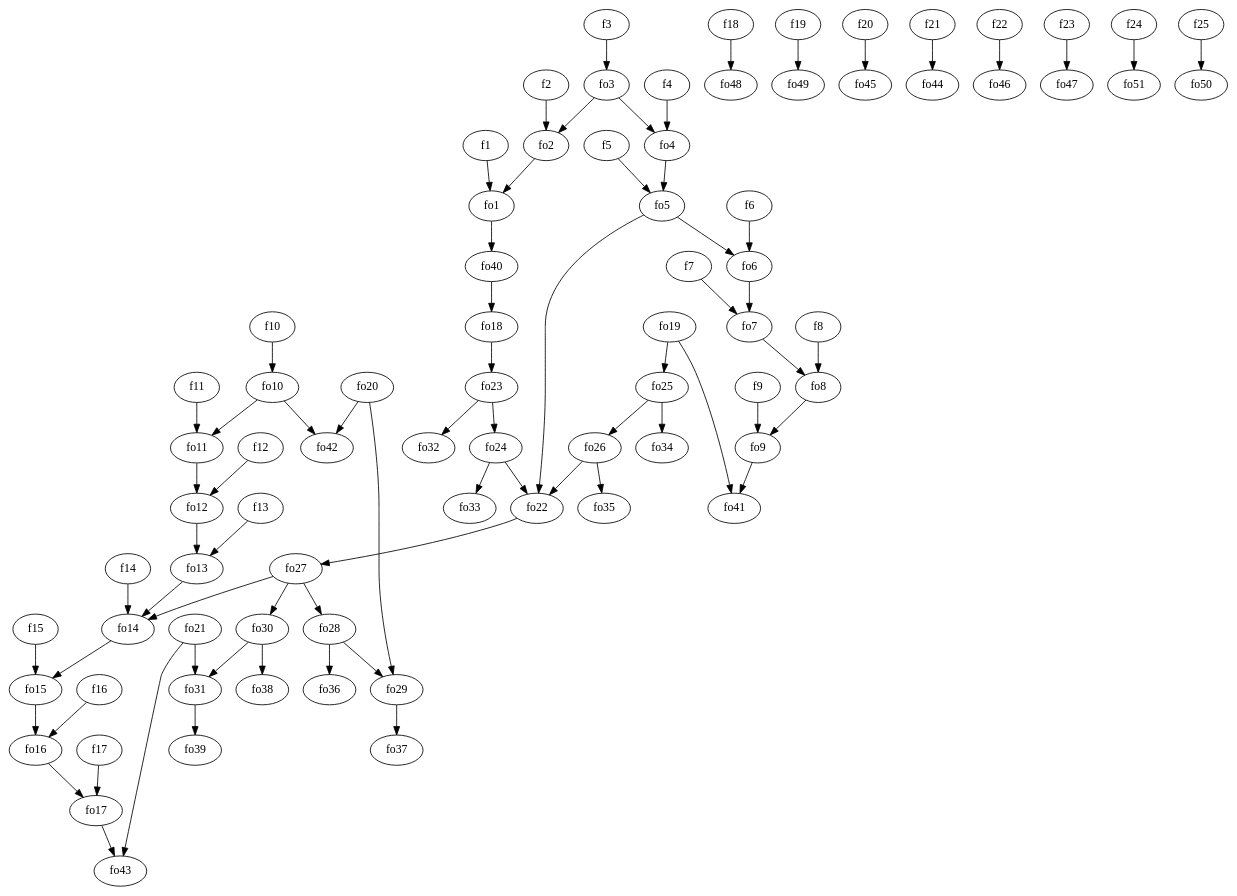
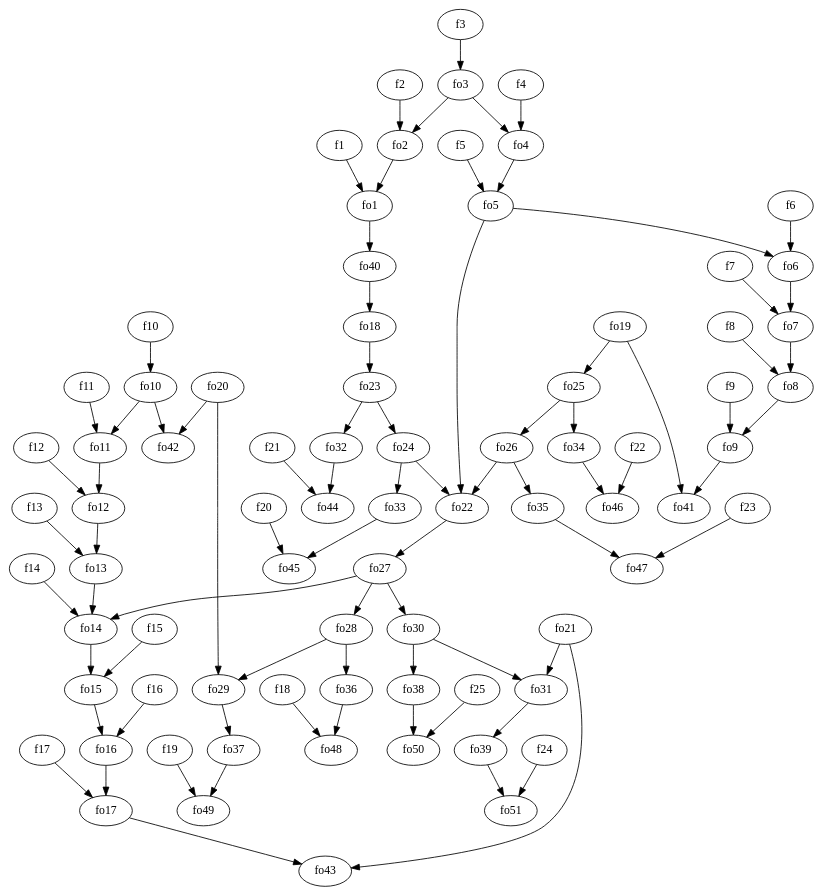
One commit to CIDARLAB/Vespa-Algorithm changed the diagram in TestCaseFiles/lrb/lrb5_flow.dot. Above: the diagram before and after it, drawn with Graphviz. The commit also changed 10 other files, not shown here.

```diff
--- a/TestCaseFiles/lrb/lrb5_flow.dot
+++ b/TestCaseFiles/lrb/lrb5_flow.dot
@@ -1,149 +1,157 @@
 strict digraph  {
 f1;
 f2;
 f3;
 f4;
 f5;
 f6;
 f7;
 f8;
 f9;
 f10;
 f11;
 f12;
 f13;
 f14;
 f15;
 f16;
 f17;
 f18;
 f19;
 f20;
 f21;
 f22;
 f23;
 f24;
 f25;
 fo1;
 fo2;
 fo3;
 fo4;
 fo5;
 fo6;
 fo7;
 fo8;
 fo9;
 fo10;
 fo11;
 fo12;
 fo13;
 fo14;
 fo15;
 fo16;
 fo17;
 fo18;
 fo19;
 fo20;
 fo21;
 fo22;
 fo23;
 fo24;
 fo25;
 fo26;
 fo27;
 fo28;
 fo29;
 fo30;
 fo31;
 fo32;
 fo33;
 fo34;
 fo35;
 fo36;
 fo37;
 fo38;
 fo39;
 fo40;
 fo41;
 fo42;
 fo43;
 fo44;
 fo45;
 fo46;
 fo47;
 fo48;
 fo49;
 fo50;
 fo51;
 f1 -> fo1  [weight=2];
 f2 -> fo2  [weight=2];
 f3 -> fo3  [weight=2];
 f4 -> fo4  [weight=2];
 f5 -> fo5  [weight=2];
 f6 -> fo6  [weight=2];
 f7 -> fo7  [weight=2];
 f8 -> fo8  [weight=2];
 f9 -> fo9  [weight=2];
 f10 -> fo10  [weight=2];
 f11 -> fo11  [weight=2];
 f12 -> fo12  [weight=2];
 f13 -> fo13  [weight=2];
 f14 -> fo14  [weight=2];
 f15 -> fo15  [weight=2];
 f16 -> fo16  [weight=2];
 f17 -> fo17  [weight=2];
 f18 -> fo48  [weight=2];
 f19 -> fo49  [weight=2];
 f20 -> fo45  [weight=2];
 f21 -> fo44  [weight=2];
 f22 -> fo46  [weight=2];
 f23 -> fo47  [weight=2];
 f24 -> fo51  [weight=2];
 f25 -> fo50  [weight=2];
 fo1 -> fo40  [weight=2];
 fo2 -> fo1  [weight=2];
 fo3 -> fo2  [weight=2];
 fo3 -> fo4  [weight=2];
 fo4 -> fo5  [weight=2];
 fo5 -> fo6  [weight=2];
 fo5 -> fo22  [weight=2];
 fo6 -> fo7  [weight=2];
 fo7 -> fo8  [weight=2];
 fo8 -> fo9  [weight=2];
 fo9 -> fo41  [weight=2];
 fo10 -> fo11  [weight=2];
 fo10 -> fo42  [weight=2];
 fo11 -> fo12  [weight=2];
 fo12 -> fo13  [weight=2];
 fo13 -> fo14  [weight=2];
 fo14 -> fo15  [weight=2];
 fo15 -> fo16  [weight=2];
 fo16 -> fo17  [weight=2];
 fo17 -> fo43  [weight=2];
 fo18 -> fo23  [weight=2];
 fo19 -> fo41  [weight=2];
 fo19 -> fo25  [weight=2];
 fo20 -> fo42  [weight=2];
 fo20 -> fo29  [weight=2];
 fo21 -> fo43  [weight=2];
 fo21 -> fo31  [weight=2];
 fo22 -> fo27  [weight=2];
 fo23 -> fo32  [weight=2];
 fo23 -> fo24  [weight=2];
 fo24 -> fo33  [weight=2];
 fo24 -> fo22  [weight=2];
 fo25 -> fo26  [weight=2];
 fo25 -> fo34  [weight=2];
 fo26 -> fo35  [weight=2];
 fo26 -> fo22  [weight=2];
 fo27 -> fo28  [weight=2];
 fo27 -> fo30  [weight=2];
 fo27 -> fo14  [weight=2];
 fo28 -> fo29  [weight=2];
 fo28 -> fo36  [weight=2];
 fo29 -> fo37  [weight=2];
 fo30 -> fo38  [weight=2];
 fo30 -> fo31  [weight=2];
 fo31 -> fo39  [weight=2];
+fo32 -> fo44  [weight=2];
+fo33 -> fo45  [weight=2];
+fo34 -> fo46  [weight=2];
+fo35 -> fo47  [weight=2];
+fo36 -> fo48  [weight=2];
+fo37 -> fo49  [weight=2];
+fo38 -> fo50  [weight=2];
+fo39 -> fo51  [weight=2];
 fo40 -> fo18  [weight=2];
 }
```
